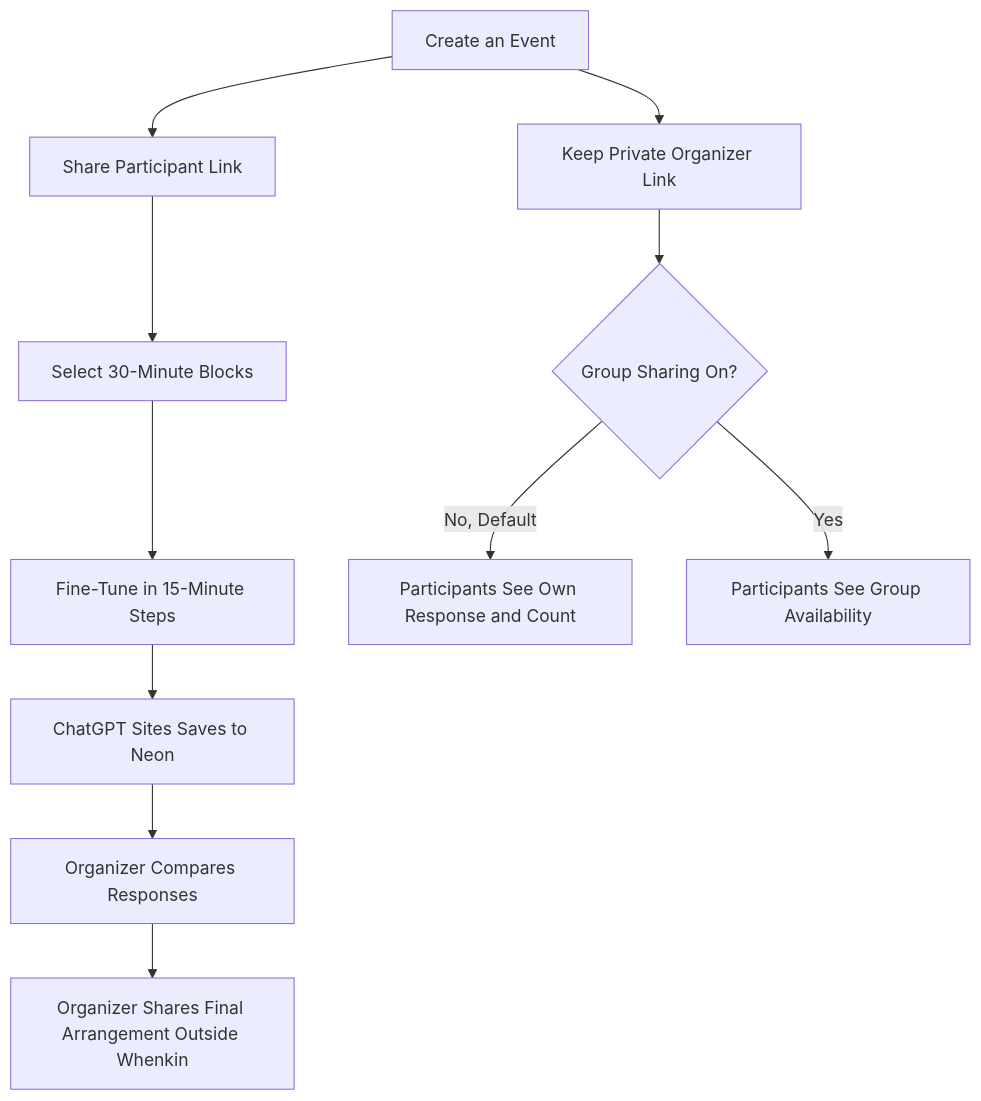
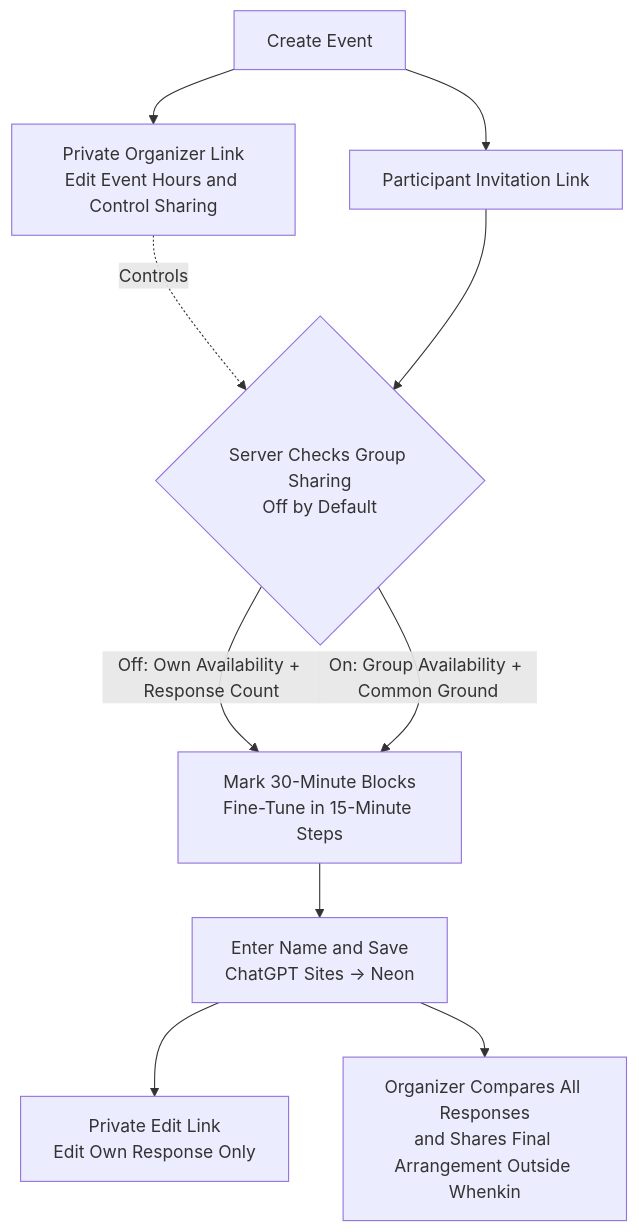
Before and after one commit to jimmy181211/whenkin: the second of 2 diagrams in README.md, drawn with Mermaid. The commit also changed other lines of this file and 8 other files, not shown here.

````diff
--- a/README.md
+++ b/README.md
@@ -28,13 +43,12 @@
 ```mermaid
 flowchart TD
-    A[Create an Event] --> B[Keep Private Organizer Link]
-    A --> C[Share Participant Link]
-    C --> D[Select 30-Minute Blocks]
-    D --> E[Fine-Tune in 15-Minute Steps]
-    E --> F[ChatGPT Sites Saves to Neon]
-    F --> G[Organizer Compares Responses]
-    G --> H[Organizer Shares Final Arrangement Outside Whenkin]
-    B --> I{Group Sharing On?}
-    I -->|No, Default| J[Participants See Own Response and Count]
-    I -->|Yes| K[Participants See Group Availability]
+  C["Create Event"] --> O["Private Organizer Link<br/>Edit Event Hours and Control Sharing"]
+  C --> P["Participant Invitation Link"]
+  O -.->|"Controls"| S{"Server Checks Group Sharing<br/>Off by Default"}
+  P --> S
+  S -->|"Off: Own Availability + Response Count"| R["Mark 30-Minute Blocks<br/>Fine-Tune in 15-Minute Steps"]
+  S -->|"On: Group Availability + Common Ground"| R
+  R --> N["Enter Name and Save<br/>ChatGPT Sites → Neon"]
+  N --> E["Private Edit Link<br/>Edit Own Response Only"]
+  N --> F["Organizer Compares All Responses<br/>and Shares Final Arrangement Outside Whenkin"]
 ```
````
